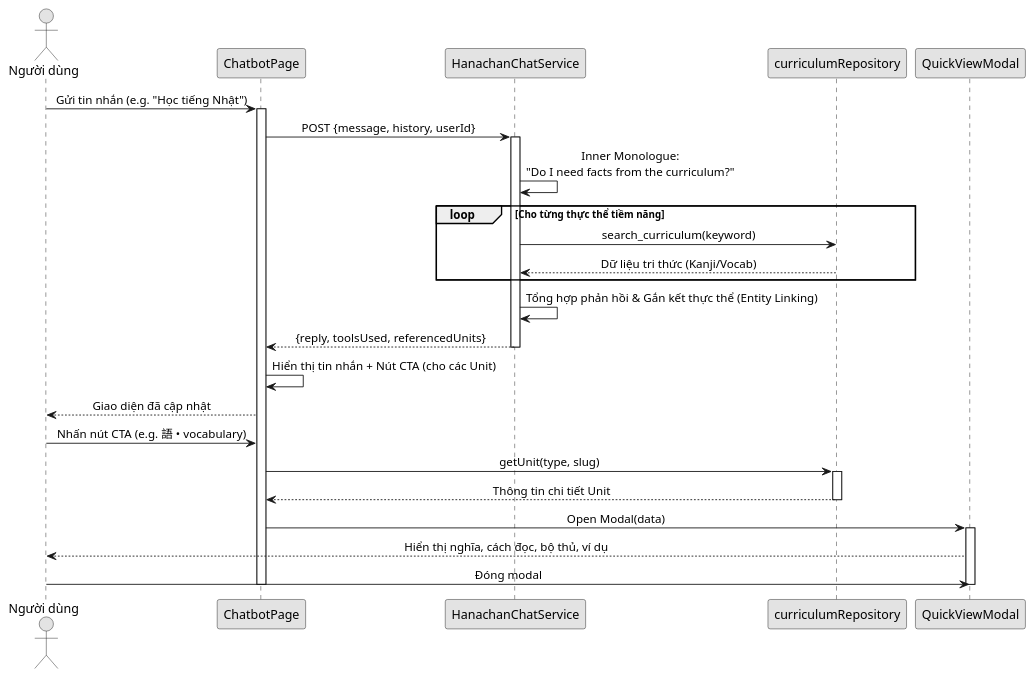
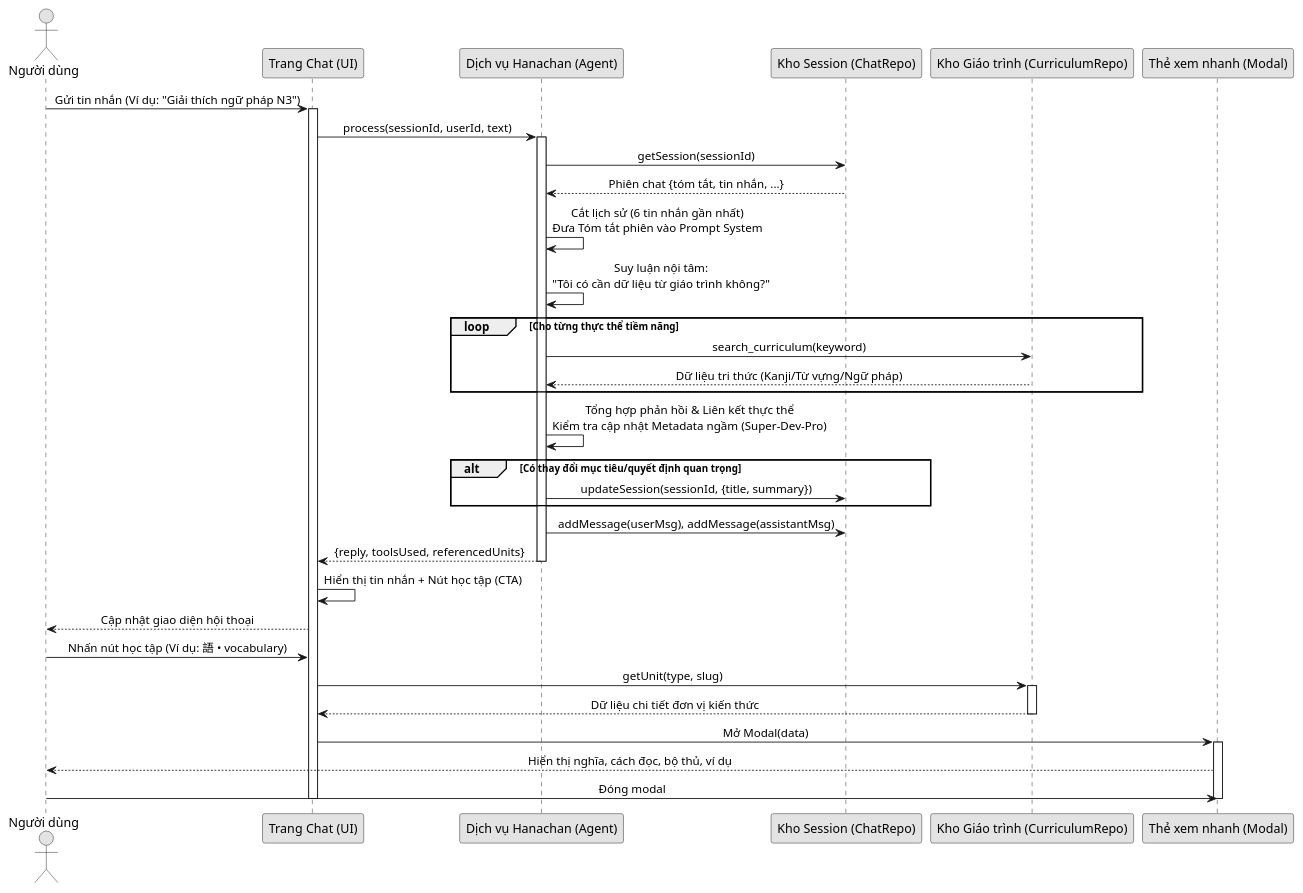
The diagram in docs/uncertain/sequence/chatbot_cta_sequence.puml (anhtranguyen-github/Hanachan), drawn with PlantUML before and after one commit. The commit also changed 8 other files, not shown here.

First line of the commit message:
feat(chat): implement Smart Context Management (Super-Dev-Pro)

```diff
--- a/docs/uncertain/sequence/chatbot_cta_sequence.puml
+++ b/docs/uncertain/sequence/chatbot_cta_sequence.puml
@@ -1,47 +1,59 @@
-@startuml Chatbot Agentic Sequence
+@startuml Biểu đồ trình tự - Trợ lý Agentic
 skinparam monochrome true
 skinparam shadowing false
 skinparam defaultFontName "Segoe UI"
 skinparam sequenceMessageAlign center
 
 actor "Người dùng" as User
-participant "ChatbotPage" as UI
-participant "HanachanChatService" as Agent
-participant "curriculumRepository" as CurriculumRepo
-participant "QuickViewModal" as Modal
+participant "Trang Chat (UI)" as UI
+participant "Dịch vụ Hanachan (Agent)" as Agent
+participant "Kho Session (ChatRepo)" as ChatRepo
+participant "Kho Giáo trình (CurriculumRepo)" as CurriculumRepo
+participant "Thẻ xem nhanh (Modal)" as Modal
 
-User -> UI : Gửi tin nhắn (e.g. "Học tiếng Nhật")
+User -> UI : Gửi tin nhắn (Ví dụ: "Giải thích ngữ pháp N3")
 activate UI
-UI -> Agent : POST {message, history, userId}
+UI -> Agent : process(sessionId, userId, text)
 activate Agent
 
-Agent -> Agent : Inner Monologue:\n"Do I need facts from the curriculum?"
+Agent -> ChatRepo : getSession(sessionId)
+ChatRepo --> Agent : Phiên chat {tóm tắt, tin nhắn, ...}
+
+Agent -> Agent : Cắt lịch sử (6 tin nhắn gần nhất)\nĐưa Tóm tắt phiên vào Prompt System
+
+Agent -> Agent : Suy luận nội tâm:\n"Tôi có cần dữ liệu từ giáo trình không?"
 
 loop Cho từng thực thể tiềm năng
     Agent -> CurriculumRepo : search_curriculum(keyword)
-    CurriculumRepo --> Agent : Dữ liệu tri thức (Kanji/Vocab)
+    CurriculumRepo --> Agent : Dữ liệu tri thức (Kanji/Từ vựng/Ngữ pháp)
 end
 
-Agent -> Agent : Tổng hợp phản hồi & Gắn kết thực thể (Entity Linking)
+Agent -> Agent : Tổng hợp phản hồi & Liên kết thực thể\nKiểm tra cập nhật Metadata ngầm (Super-Dev-Pro)
+
+alt Có thay đổi mục tiêu/quyết định quan trọng
+    Agent -> ChatRepo : updateSession(sessionId, {title, summary})
+end
+
+Agent -> ChatRepo : addMessage(userMsg), addMessage(assistantMsg)
 
 Agent --> UI : {reply, toolsUsed, referencedUnits}
 deactivate Agent
 
-UI -> UI : Hiển thị tin nhắn + Nút CTA (cho các Unit)
-UI --> User : Giao diện đã cập nhật
+UI -> UI : Hiển thị tin nhắn + Nút học tập (CTA)
+UI --> User : Cập nhật giao diện hội thoại
 
-User -> UI : Nhấn nút CTA (e.g. 語 • vocabulary)
+User -> UI : Nhấn nút học tập (Ví dụ: 語 • vocabulary)
 UI -> CurriculumRepo : getUnit(type, slug)
 activate CurriculumRepo
-CurriculumRepo --> UI : Thông tin chi tiết Unit
+CurriculumRepo --> UI : Dữ liệu chi tiết đơn vị kiến thức
 deactivate CurriculumRepo
 
-UI -> Modal : Open Modal(data)
+UI -> Modal : Mở Modal(data)
 activate Modal
 Modal --> User : Hiển thị nghĩa, cách đọc, bộ thủ, ví dụ
 User -> Modal : Đóng modal
 deactivate Modal
 
 deactivate UI
 
 @enduml
```
